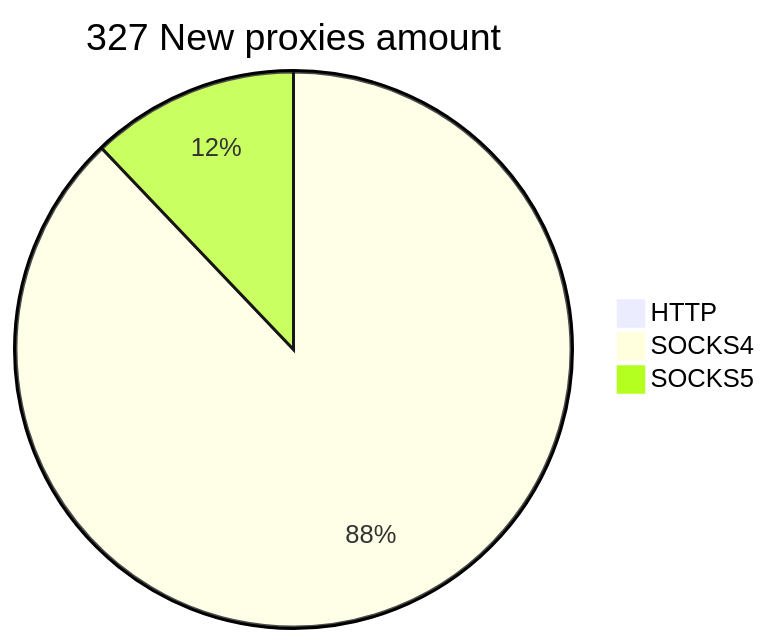
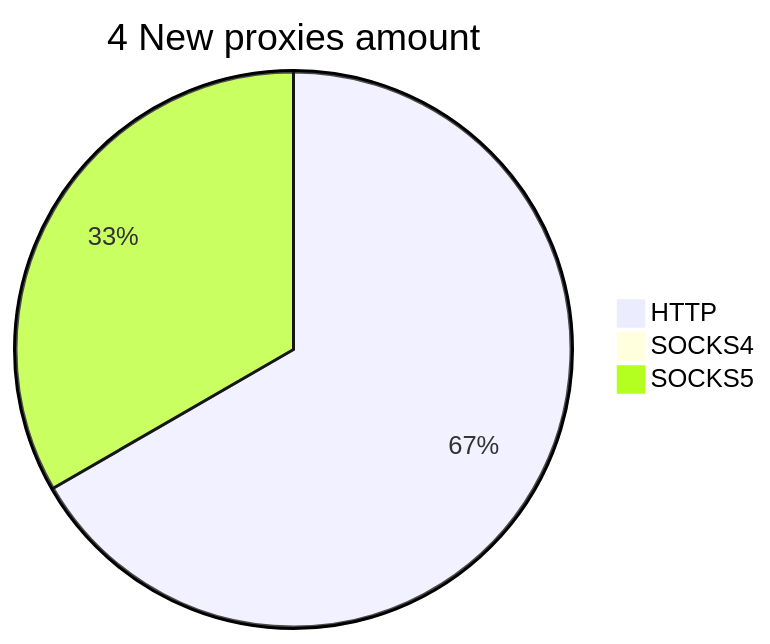
One commit to cutipu/proxylist changed the second of 2 diagrams in README.md. Above: the diagram before and after it, drawn with Mermaid. The commit also changed other lines of this file, not shown here.

````diff
--- a/README.md
+++ b/README.md
@@ -10,6 +10,6 @@
 ```mermaid
-pie title 327 New proxies amount
-    "HTTP" : 0
-    "SOCKS4" : 631
-    "SOCKS5" : 87
+pie title 4 New proxies amount
+    "HTTP" : 4
+    "SOCKS4" : 0
+    "SOCKS5" : 2
 ```
````
